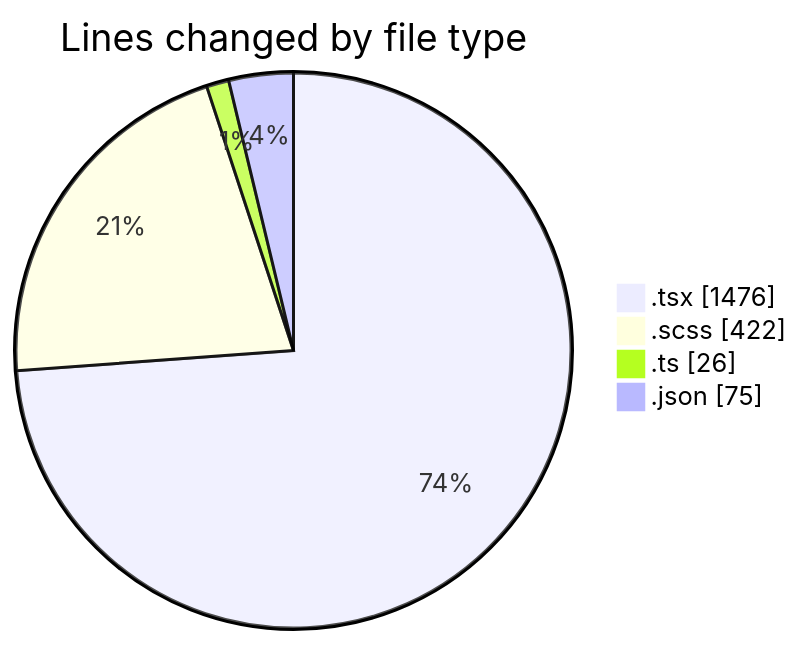
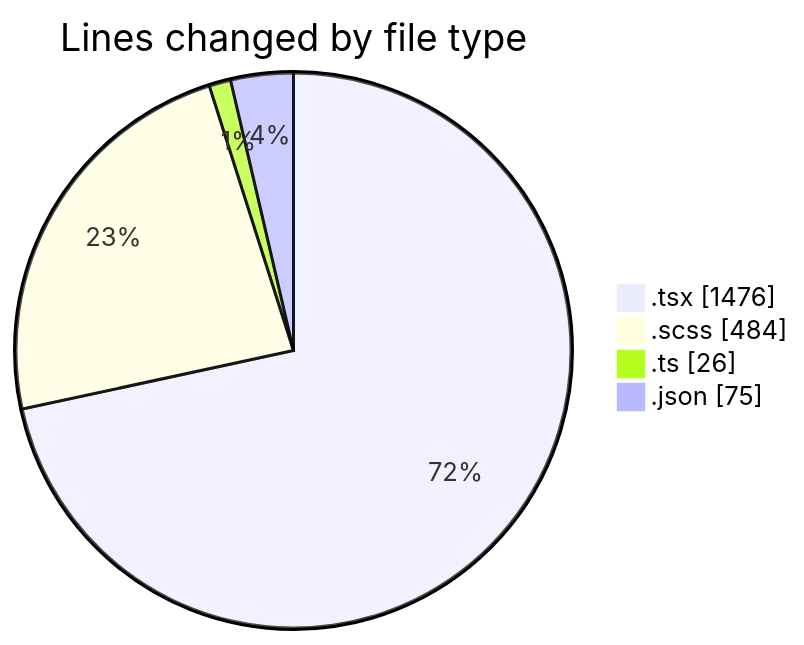
Before and after one commit to momahboobian/code-tracking: the first of 2 diagrams in 2025-04-09/cda/README.md, drawn with Mermaid. The commit also changed other lines of this file and 1 other file, not shown here.

````diff
--- a/2025-04-09/cda/README.md
+++ b/2025-04-09/cda/README.md
@@ -29,8 +30,8 @@
 ```mermaid
 pie showData
 title Lines changed by file type
 ".tsx" : 1476
-".scss" : 422
+".scss" : 484
 ".ts" : 26
 ".json" : 75
 ```
````
